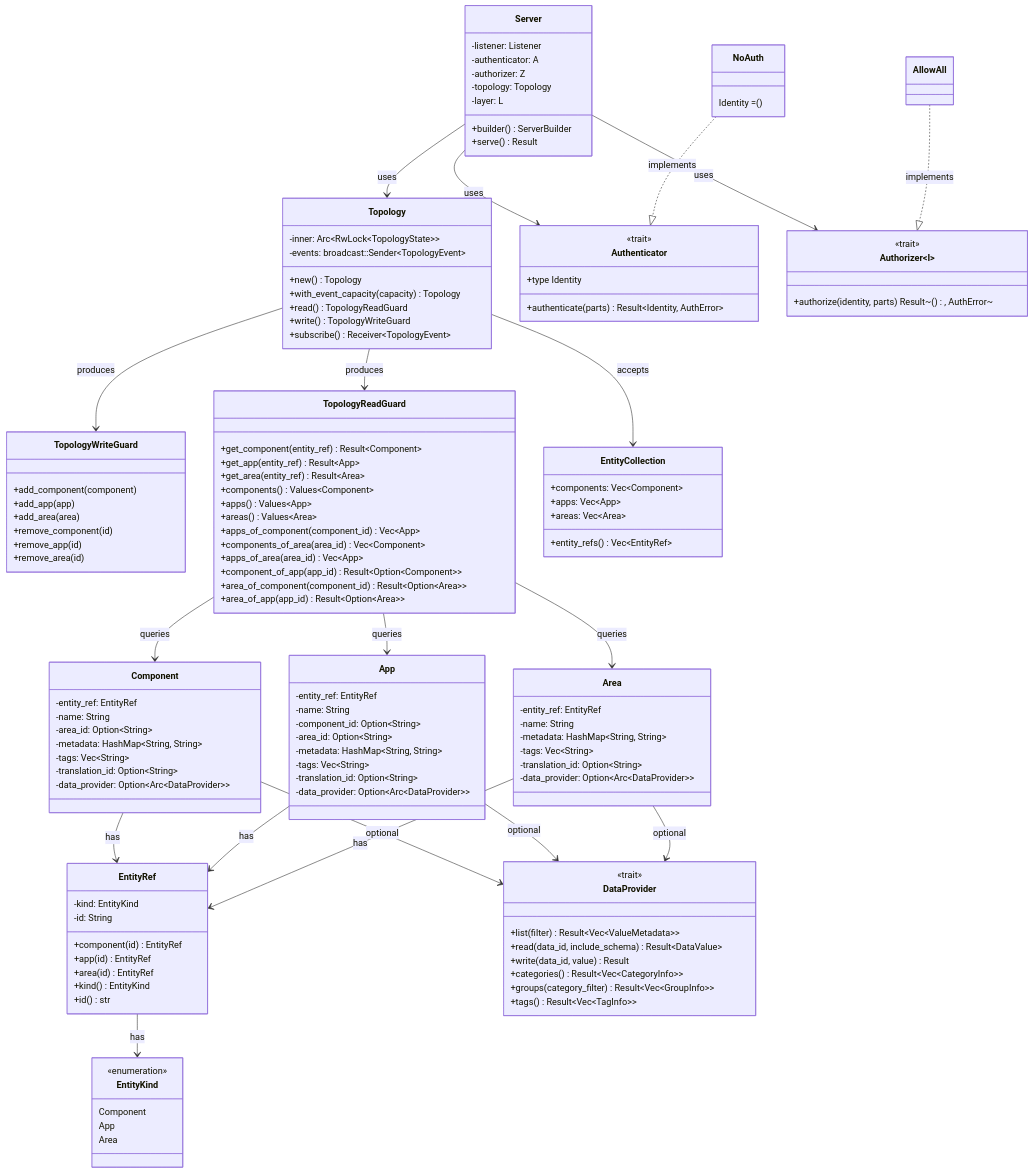
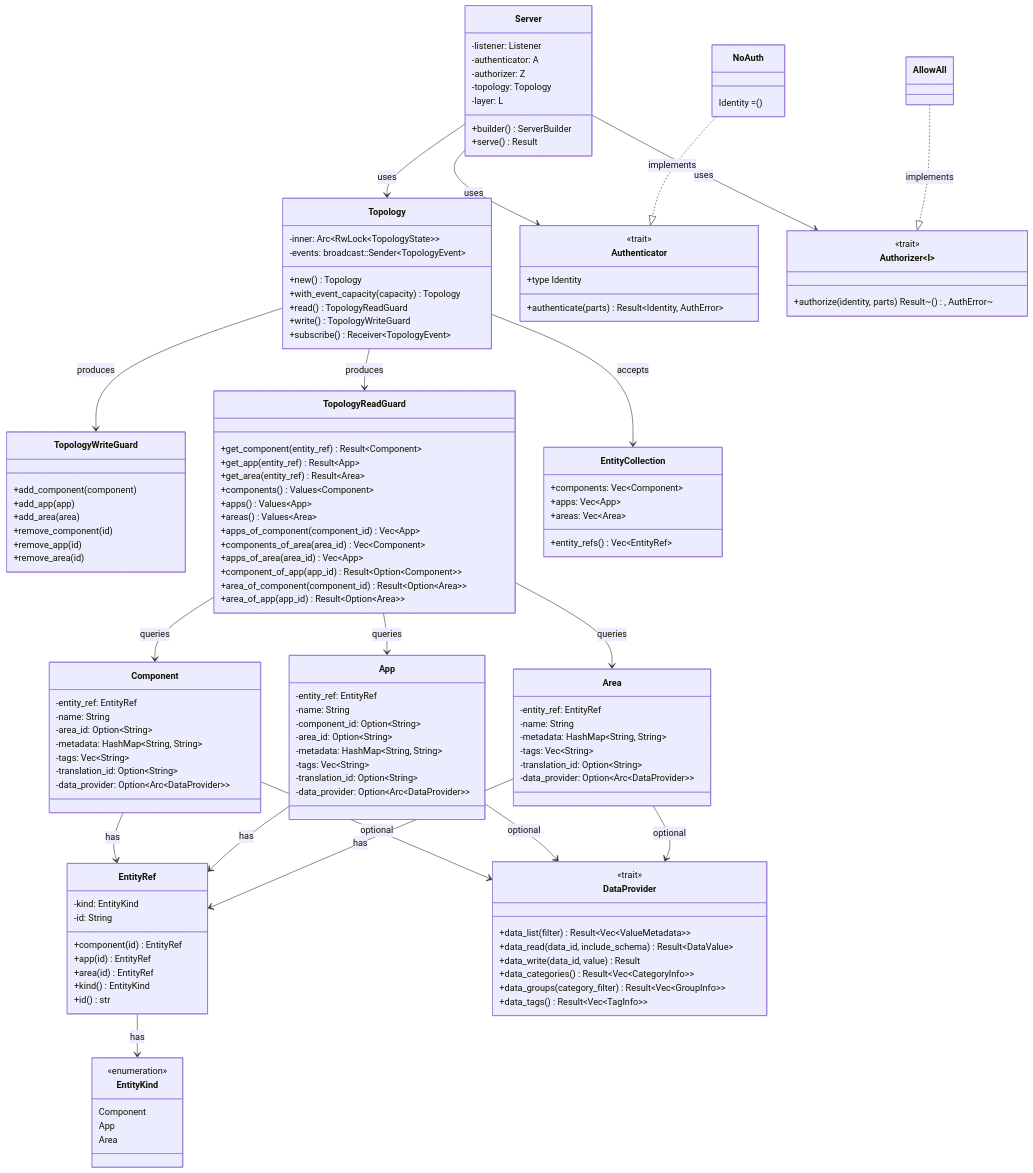
The first of 2 diagrams in docs/architecture.md (eclipse-opensovd/opensovd-core), drawn with Mermaid before and after one commit. The commit also changed other lines of this file, not shown here.

Commit message:
docs: use the data_ provider names in the architecture doc

```diff
--- a/docs/architecture.md
+++ b/docs/architecture.md
@@ -123,12 +123,12 @@
 
     class DataProvider {
         <<trait>>
-        +list(filter) Result~Vec~ValueMetadata~~
-        +read(data_id, include_schema) Result~DataValue~
-        +write(data_id, value) Result
-        +categories() Result~Vec~CategoryInfo~~
-        +groups(category_filter) Result~Vec~GroupInfo~~
-        +tags() Result~Vec~TagInfo~~
+        +data_list(filter) Result~Vec~ValueMetadata~~
+        +data_read(data_id, include_schema) Result~DataValue~
+        +data_write(data_id, value) Result
+        +data_categories() Result~Vec~CategoryInfo~~
+        +data_groups(category_filter) Result~Vec~GroupInfo~~
+        +data_tags() Result~Vec~TagInfo~~
     }
 
     Server --> Topology : uses
```
